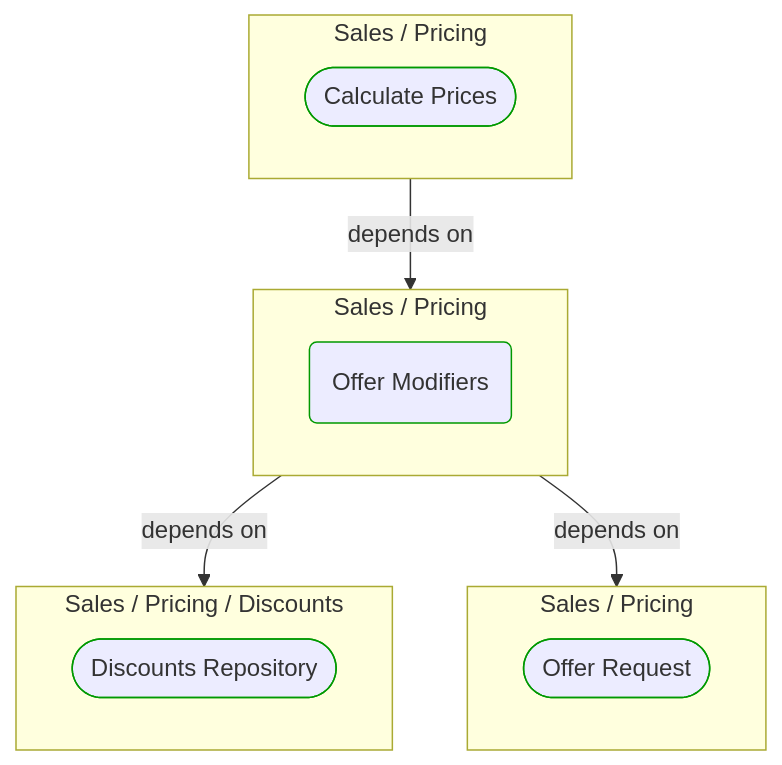
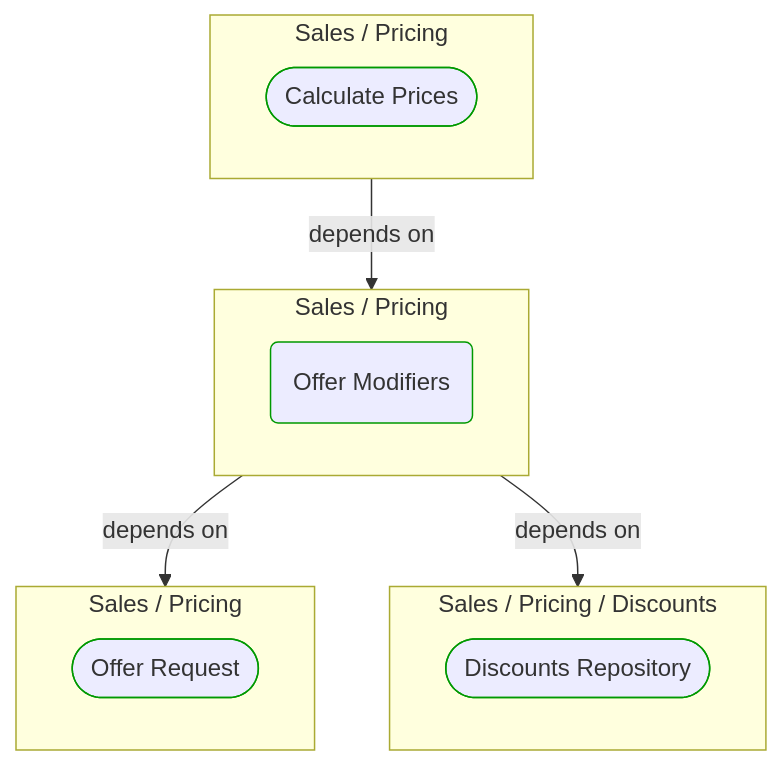
One commit to itlibrium/DDD-starter-dotnet changed the diagram in Docs/P3/MermaidOutput/Domain/Concepts/Sales/Pricing/OfferModifiers.md. Above: the diagram before and after it, drawn with Mermaid. The commit also changed 51 other files, not shown here.

````diff
--- a/Docs/P3/MermaidOutput/Domain/Concepts/Sales/Pricing/OfferModifiers.md
+++ b/Docs/P3/MermaidOutput/Domain/Concepts/Sales/Pricing/OfferModifiers.md
@@ -20,25 +20,25 @@
 ```mermaid
   flowchart TB
     subgraph 0["Sales / Pricing"]
       1([Calculate Prices])
       class 1 DomainPerspective
     end
     subgraph 2["Sales / Pricing"]
       3(Offer Modifiers)
       class 3 DomainPerspective
     end
-    subgraph 4["Sales / Pricing / Discounts"]
-      5([Discounts Repository])
+    subgraph 4["Sales / Pricing"]
+      5([Offer Request])
       class 5 DomainPerspective
     end
-    subgraph 6["Sales / Pricing"]
-      7([Offer Request])
+    subgraph 6["Sales / Pricing / Discounts"]
+      7([Discounts Repository])
       class 7 DomainPerspective
     end
     0-->|depends on|2
     2-->|depends on|4
     2-->|depends on|6
     classDef DomainPerspective stroke:#009900
     classDef TechnologyPerspective stroke:#1F41EB
     classDef PeoplePerspective stroke:#FFF014
 ```
````
